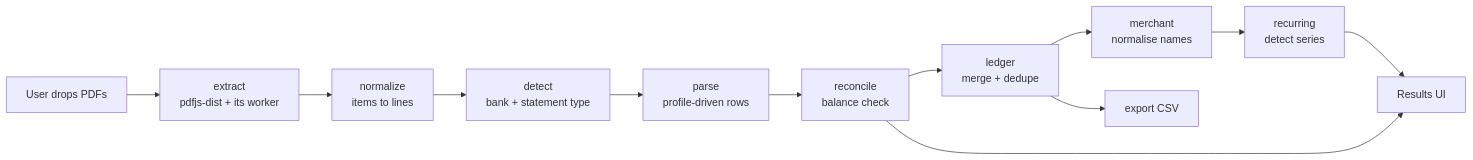
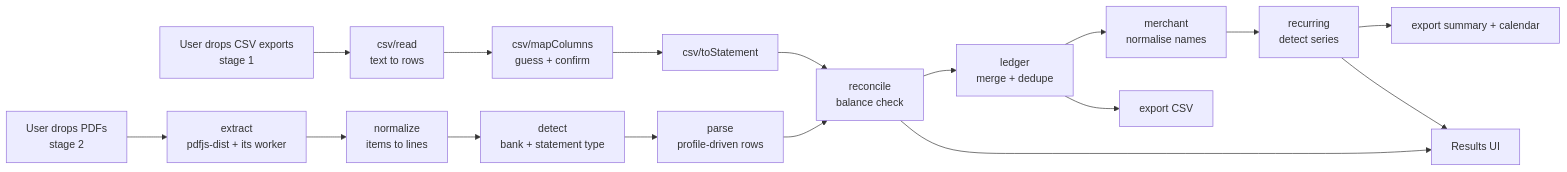
Before and after one commit to Bruce1508/recur: the diagram in docs/ARCHITECTURE.md, drawn with Mermaid. The commit also changed other lines of this file and 7 other files, not shown here.

````diff
--- a/docs/ARCHITECTURE.md
+++ b/docs/ARCHITECTURE.md
@@ -9,14 +11,19 @@
 ```mermaid
 flowchart LR
-  U[User drops PDFs] --> E[extract<br/>pdfjs-dist + its worker]
+  U1[User drops CSV exports<br/>stage 1] --> CR[csv/read<br/>text to rows]
+  CR --> CM[csv/mapColumns<br/>guess + confirm]
+  CM --> CS[csv/toStatement]
+  U2[User drops PDFs<br/>stage 2] --> E[extract<br/>pdfjs-dist + its worker]
   E --> N[normalize<br/>items to lines]
   N --> D[detect<br/>bank + statement type]
   D --> P[parse<br/>profile-driven rows]
-  P --> R[reconcile<br/>balance check]
+  CS --> R[reconcile<br/>balance check]
+  P --> R
   R --> L[ledger<br/>merge + dedupe]
   L --> M[merchant<br/>normalise names]
   M --> C[recurring<br/>detect series]
   L --> X[export CSV]
+  C --> X2[export summary + calendar]
   C --> UI[Results UI]
   R --> UI
 ```
````
